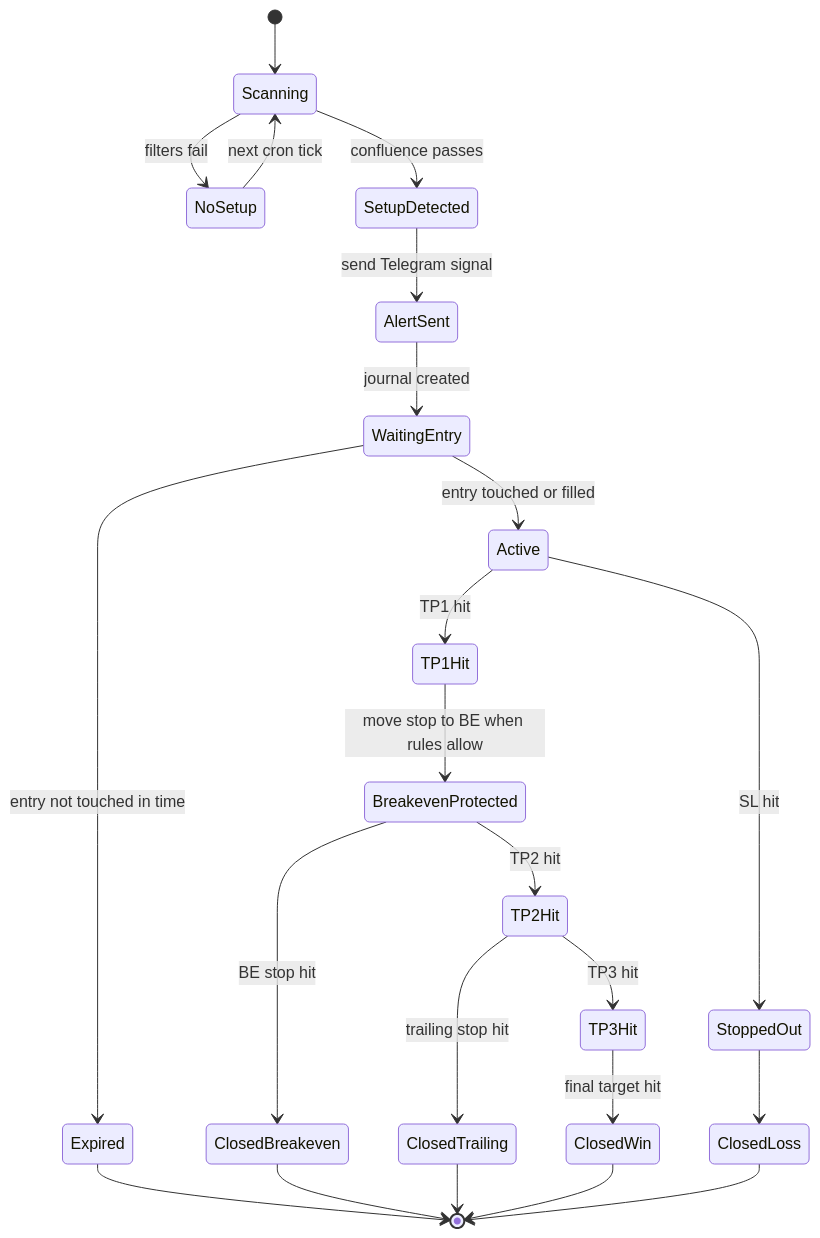
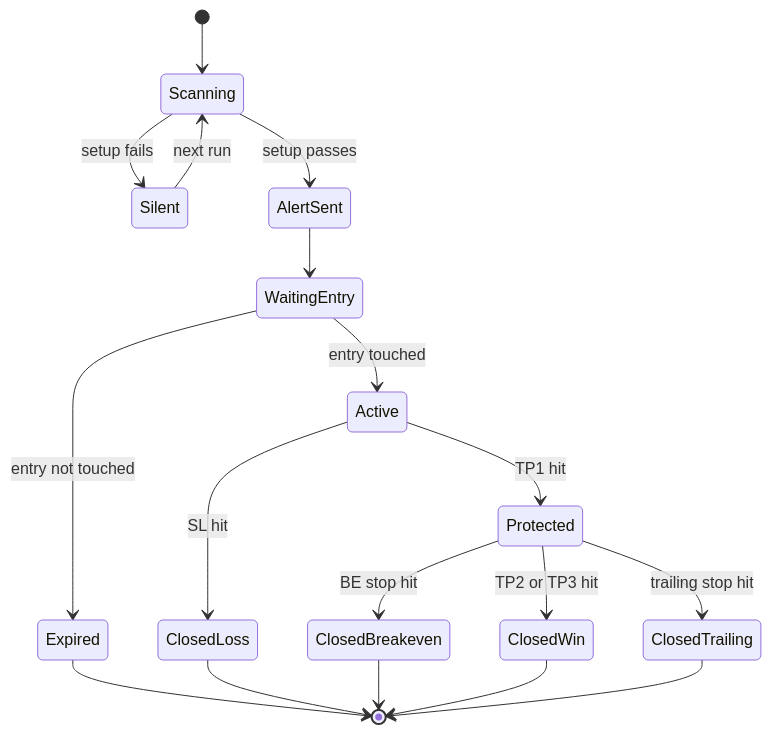
The second of 2 diagrams in docs/diagrams/signal-lifecycle.md (rexxlite/furina-skill), drawn with Mermaid before and after one commit. The commit also changed other lines of this file and 3 other files, not shown here.

Commit message:
docs: improve diagram readability

````diff
--- a/docs/diagrams/signal-lifecycle.md
+++ b/docs/diagrams/signal-lifecycle.md
@@ -5,29 +33,20 @@
 ```mermaid
 stateDiagram-v2
     [*] --> Scanning
-    Scanning --> NoSetup: filters fail
-    NoSetup --> Scanning: next cron tick
-
-    Scanning --> SetupDetected: confluence passes
-    SetupDetected --> AlertSent: send Telegram signal
-    AlertSent --> WaitingEntry: journal created
-
-    WaitingEntry --> Expired: entry not touched in time
-    WaitingEntry --> Active: entry touched or filled
-
-    Active --> StoppedOut: SL hit
-    Active --> TP1Hit: TP1 hit
-    TP1Hit --> BreakevenProtected: move stop to BE when rules allow
-    BreakevenProtected --> TP2Hit: TP2 hit
-    TP2Hit --> TP3Hit: TP3 hit
-
-    BreakevenProtected --> ClosedBreakeven: BE stop hit
-    TP2Hit --> ClosedTrailing: trailing stop hit
-    TP3Hit --> ClosedWin: final target hit
-    StoppedOut --> ClosedLoss
+    Scanning --> Silent: setup fails
+    Silent --> Scanning: next run
+    Scanning --> AlertSent: setup passes
+    AlertSent --> WaitingEntry
+    WaitingEntry --> Expired: entry not touched
+    WaitingEntry --> Active: entry touched
+    Active --> ClosedLoss: SL hit
+    Active --> Protected: TP1 hit
+    Protected --> ClosedBreakeven: BE stop hit
+    Protected --> ClosedWin: TP2 or TP3 hit
+    Protected --> ClosedTrailing: trailing stop hit
     Expired --> [*]
+    ClosedLoss --> [*]
     ClosedBreakeven --> [*]
+    ClosedWin --> [*]
     ClosedTrailing --> [*]
-    ClosedWin --> [*]
-    ClosedLoss --> [*]
 ```
````
